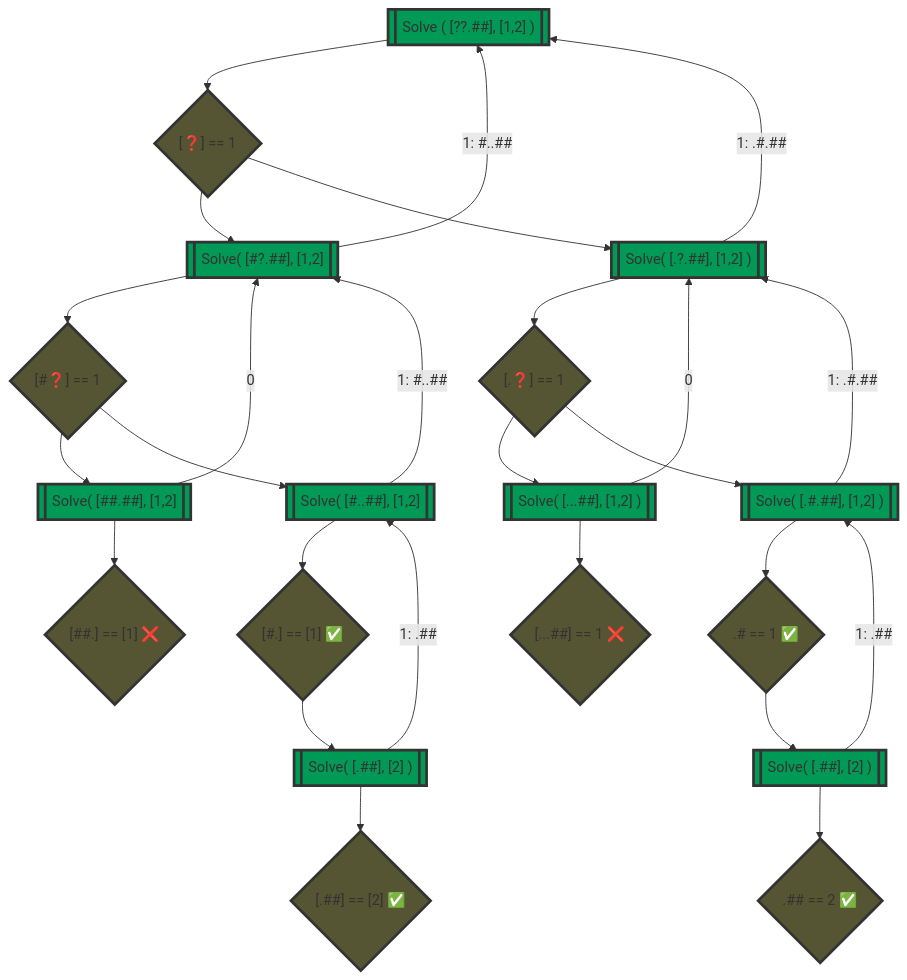
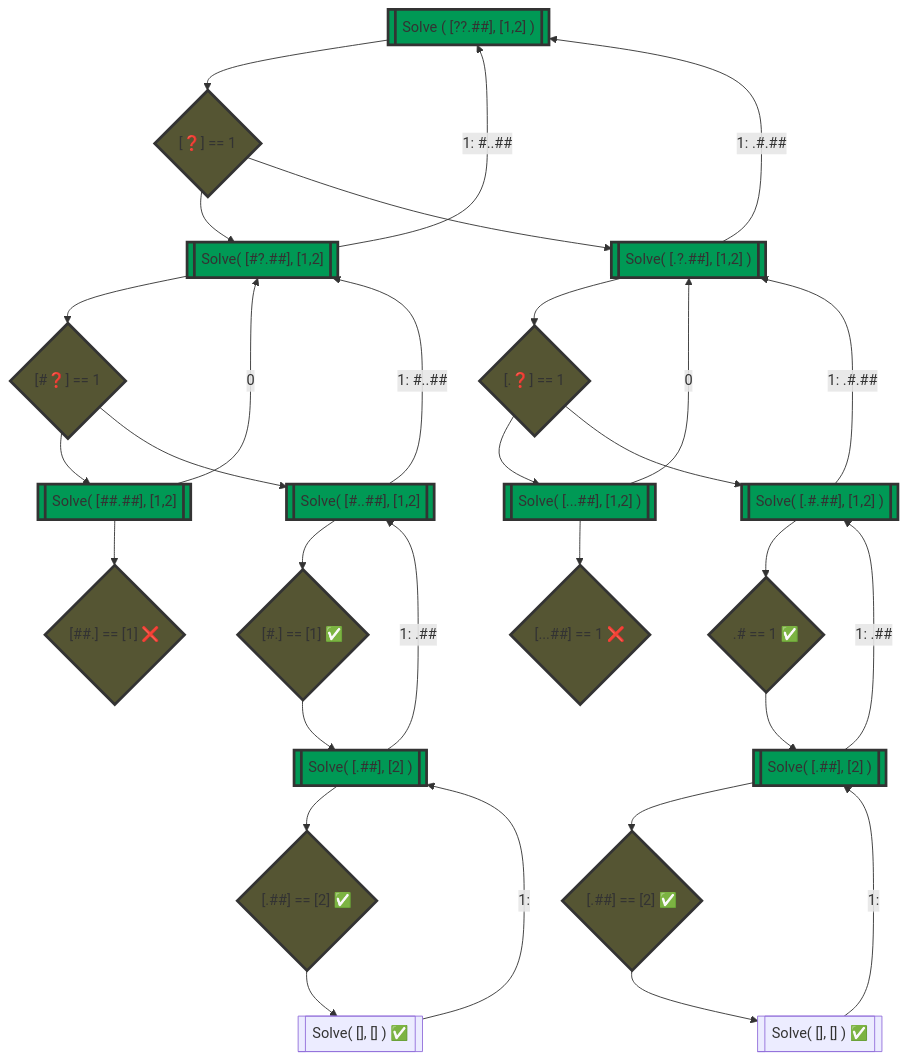
The diagram in src/bin/day12/README.md (gvelim/advent2023), drawn with Mermaid before and after one commit.

````diff
--- a/src/bin/day12/README.md
+++ b/src/bin/day12/README.md
@@ -120,28 +120,30 @@
 ```mermaid
 graph TD
     A[["Solve ( [??.##], [1,2] )"]] --> B{"[❓] == 1"}
     B --> C[["Solve( [#?.##], [1,2]"]] 
         C --> E{"[#❓] == 1"} 
             C -- "1: #..##" --> A
             E --> G[["Solve( [##.##], [1,2]"]] -- 0 --> C
                 G --> H{"[##.] == [1] ❌"}
             E --> F[["Solve( [#..##], [1,2]"]] -- "1: #..##" --> C
                 F --> F1 
                     F1{"[#.] == [1] ✅"} --> I
                         I[["Solve( [.##], [2] )"]] -- "1: .##" --> F
                         I --> IA{"[.##] == [2] ✅"}
+                            IA --> IB[["Solve( [], [] ) ✅"]] -- "1:" --> I
     B --> D[["Solve( [.?.##], [1,2] )"]] -- "1: .#.##" --> A
         D --> J{"[.❓] == 1"}
             J --> L -- 0 --> D 
                 L[["Solve( [...##], [1,2] )"]] --> O
                 O{"[...##] == 1 ❌"}
             J --> K[["Solve( [.#.##], [1,2] )"]] -- "1: .#.##" --> D
                 K --> M{".# == 1 ✅"}
                     M --> P[["Solve( [.##], [2] )"]] -- "1: .##" --> K
-                    P --> Q{".## == 2 ✅"}
+                    P --> Q{"[.##] == [2] ✅"}
+                        Q --> QA[["Solve( [], [] ) ✅"]] -- "1:" --> P
 
     classDef function fill:#095,stroke:#333,stroke-width:3px;
     classDef decision fill:#553,stroke:#333,stroke-width:3px;
     class A,C,D,G,F,L,K,P,I function
     class B,E,H,J,O,F1,IA,M,Q decision
 ```
````
